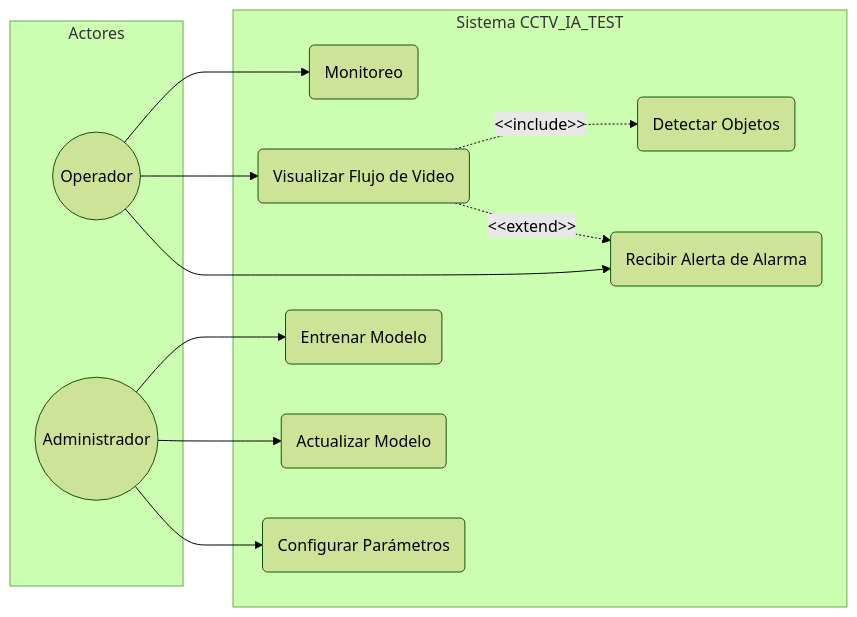
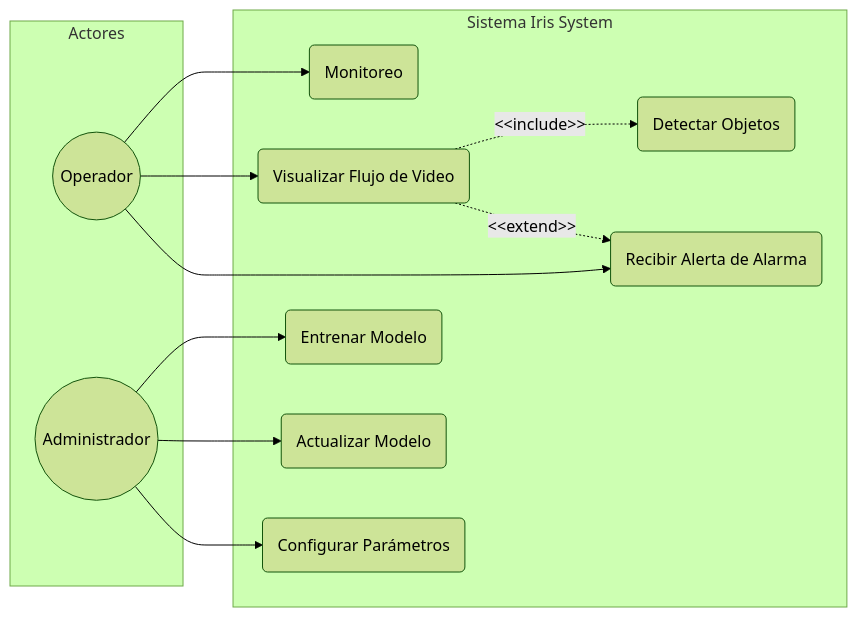
Before and after one commit to Sibahia/Iris-System-Detector-IA: the second of 5 diagrams in README.md, drawn with Mermaid (forest theme).

Commit message:
docs: update mermaid subgraph name to Iris System

````diff
--- a/README.md
+++ b/README.md
@@ -58,29 +58,29 @@
 ```mermaid
 graph LR
     subgraph Actores
         Operador((Operador))
         Administrador((Administrador))
     end
 
-    subgraph CCTV_IA_TEST [Sistema CCTV_IA_TEST]
+    subgraph Iris_System [Sistema Iris System]
         Monitoreo(Monitoreo)
         Visualizar(Visualizar Flujo de Video)
         Detectar(Detectar Objetos)
         RecibirAlerta(Recibir Alerta de Alarma)
         
         Entrenar(Entrenar Modelo)
         Actualizar(Actualizar Modelo)
         Configurar(Configurar Parámetros)
         
         Visualizar -.->|&lt;&lt;include&gt;&gt;| Detectar
         Visualizar -.->|&lt;&lt;extend&gt;&gt;| RecibirAlerta
     end
 
     Operador --> Monitoreo
     Operador --> Visualizar
     Operador --> RecibirAlerta
 
     Administrador --> Entrenar
     Administrador --> Actualizar
     Administrador --> Configurar
 ```
````
